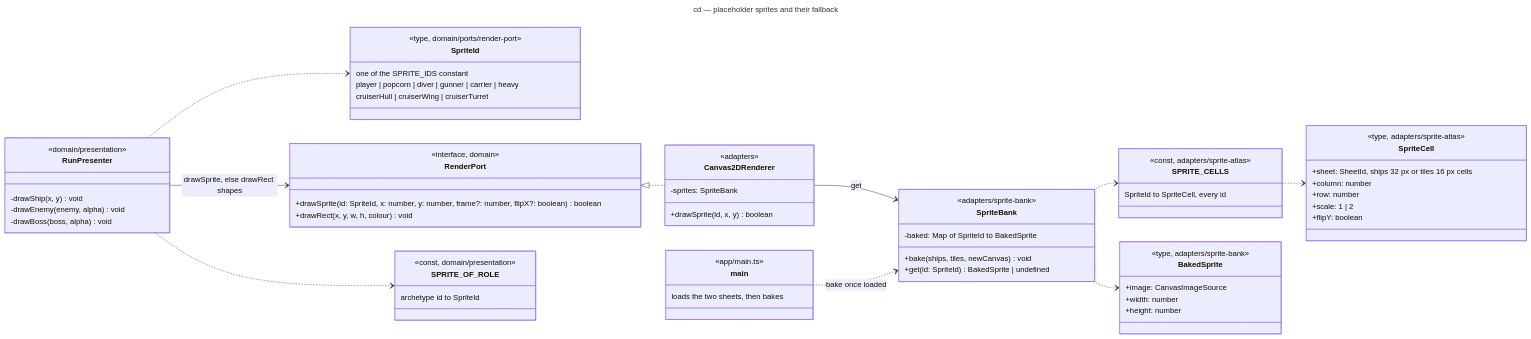
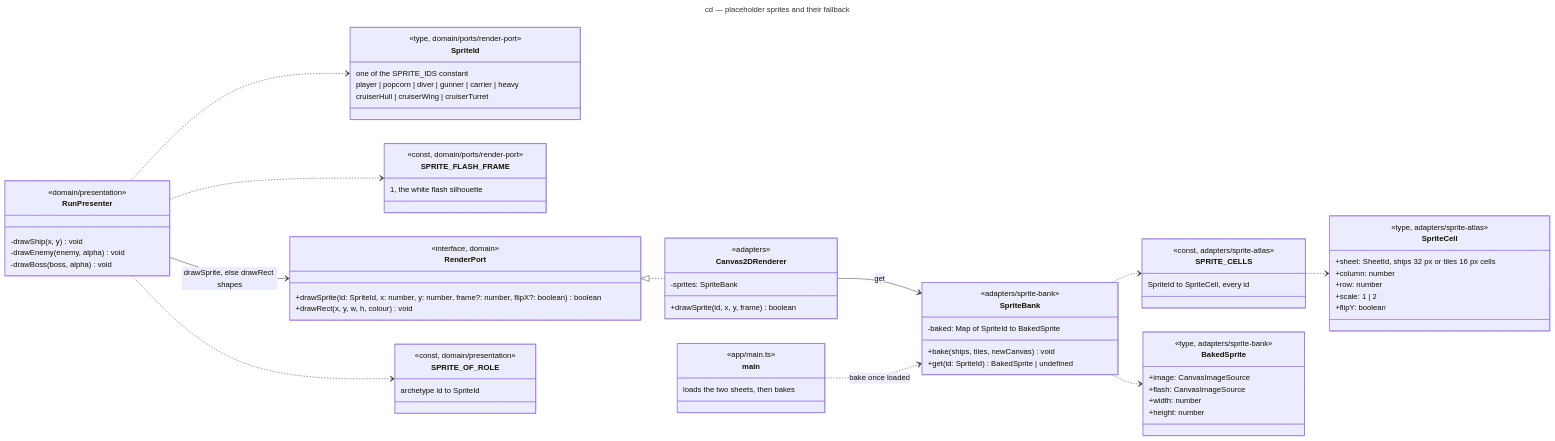
One commit to benoit-bremaud/retro-shmup changed the diagram in docs/architecture/diagrams/render/04-class-sprites.md. Above: the diagram before and after it, drawn with Mermaid. The commit also changed other lines of this file and 16 other files, not shown here.

First line of the commit message:
feat(render): draw the ships as sprites with a shape fallback (G4-1b) (#77)

````diff
--- a/docs/architecture/diagrams/render/04-class-sprites.md
+++ b/docs/architecture/diagrams/render/04-class-sprites.md
@@ -17,70 +17,76 @@
 ```mermaid
 ---
 title: cd — placeholder sprites and their fallback
 ---
 classDiagram
   direction LR
   class SpriteId {
     <<type, domain/ports/render-port>>
     one of the SPRITE_IDS constant
     player | popcorn | diver | gunner | carrier | heavy
     cruiserHull | cruiserWing | cruiserTurret
+  }
+  class SPRITE_FLASH_FRAME {
+    <<const, domain/ports/render-port>>
+    1, the white flash silhouette
   }
   class RenderPort {
     <<interface, domain>>
     +drawSprite(id: SpriteId, x: number, y: number, frame?: number, flipX?: boolean) boolean
     +drawRect(x, y, w, h, colour) void
   }
   class RunPresenter {
     <<domain/presentation>>
     -drawShip(x, y) void
     -drawEnemy(enemy, alpha) void
     -drawBoss(boss, alpha) void
   }
   class SPRITE_OF_ROLE {
     <<const, domain/presentation>>
     archetype id to SpriteId
   }
   class SpriteCell {
     <<type, adapters/sprite-atlas>>
     +sheet: SheetId, ships 32 px or tiles 16 px cells
     +column: number
     +row: number
     +scale: 1 | 2
     +flipY: boolean
   }
   class SPRITE_CELLS {
     <<const, adapters/sprite-atlas>>
     SpriteId to SpriteCell, every id
   }
   class SpriteBank {
     <<adapters/sprite-bank>>
     -baked: Map of SpriteId to BakedSprite
     +bake(ships, tiles, newCanvas) void
     +get(id: SpriteId) BakedSprite | undefined
   }
   class BakedSprite {
     <<type, adapters/sprite-bank>>
     +image: CanvasImageSource
+    +flash: CanvasImageSource
     +width: number
     +height: number
   }
   class Canvas2DRenderer {
     <<adapters>>
     -sprites: SpriteBank
-    +drawSprite(id, x, y) boolean
+    +drawSprite(id, x, y, frame) boolean
   }
   class main {
     <<app/main.ts>>
     loads the two sheets, then bakes
   }
   RenderPort <|.. Canvas2DRenderer
   RunPresenter --> RenderPort : drawSprite, else drawRect shapes
   RunPresenter ..> SPRITE_OF_ROLE
   RunPresenter ..> SpriteId
+  RunPresenter ..> SPRITE_FLASH_FRAME
   Canvas2DRenderer --> SpriteBank : get
   SpriteBank ..> BakedSprite
   SpriteBank ..> SPRITE_CELLS
   SPRITE_CELLS ..> SpriteCell
   main ..> SpriteBank : bake once loaded
 ```
````
